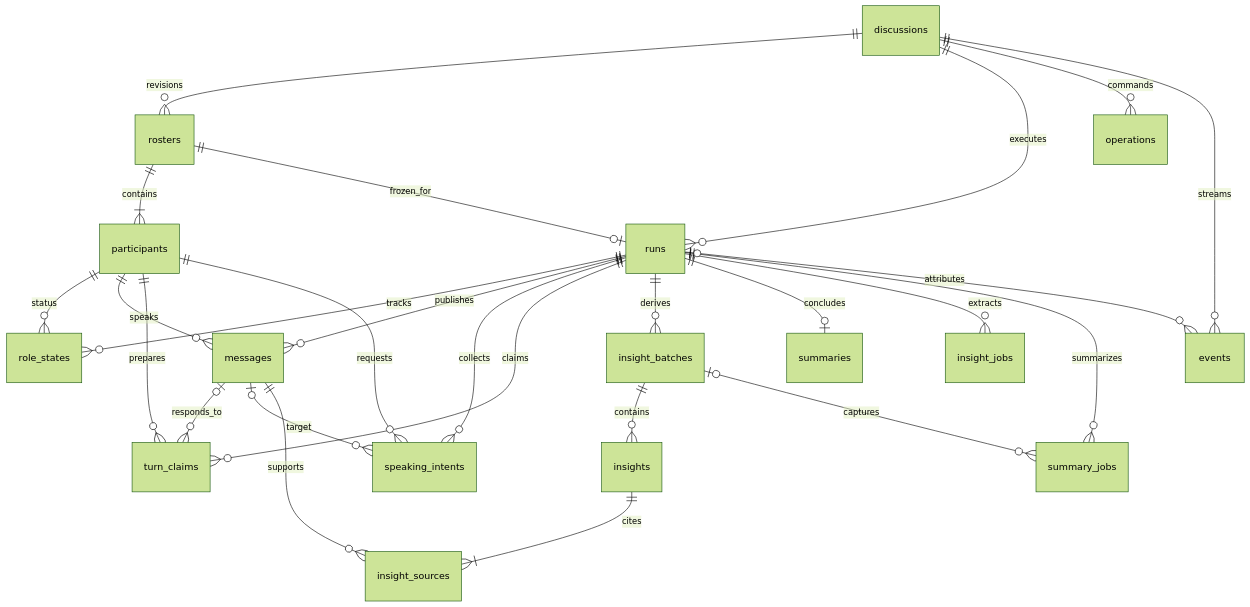
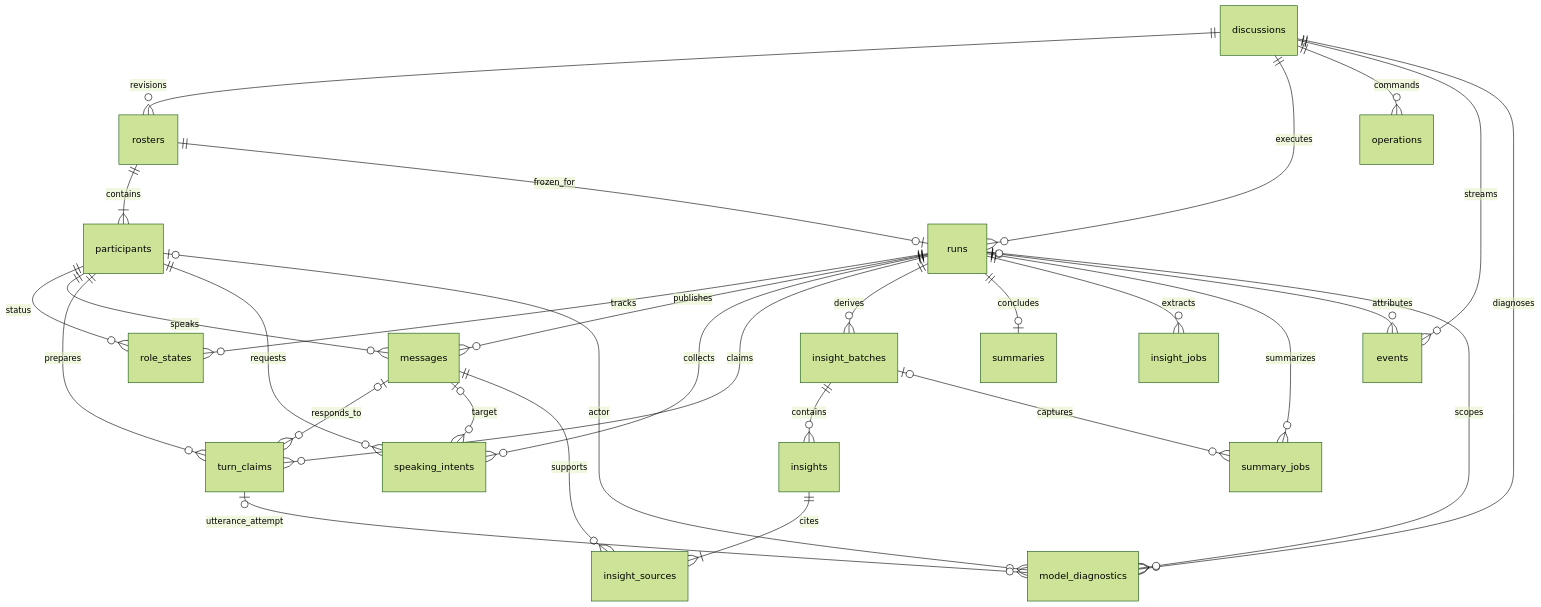
Before and after one commit to WenhuiRuan/Web-App-MVP: the first of 3 diagrams in docs/data-model.md, drawn with Mermaid (forest theme). The commit also changed other lines of this file and 39 other files, not shown here.

First line of the commit message:
fix: persist model diagnostics and bound corrective host recovery

````diff
--- a/docs/data-model.md
+++ b/docs/data-model.md
@@ -7,28 +7,32 @@
 ```mermaid
 erDiagram
     discussions ||--o{ rosters : revisions
     rosters ||--|{ participants : contains
     discussions ||--o{ runs : executes
     rosters ||--o| runs : frozen_for
     runs ||--o{ role_states : tracks
     participants ||--o{ role_states : status
     runs ||--o{ messages : publishes
     participants ||--o{ messages : speaks
     runs ||--o{ speaking_intents : collects
     runs ||--o{ turn_claims : claims
     participants ||--o{ turn_claims : prepares
     messages o|--o{ turn_claims : responds_to
     participants ||--o{ speaking_intents : requests
     messages o|--o{ speaking_intents : target
     runs ||--o{ insight_batches : derives
     insight_batches ||--o{ insights : contains
     insights ||--|{ insight_sources : cites
     messages ||--o{ insight_sources : supports
     runs ||--o| summaries : concludes
     runs ||--o{ insight_jobs : extracts
     runs ||--o{ summary_jobs : summarizes
     insight_batches o|--o{ summary_jobs : captures
     discussions ||--o{ operations : commands
     discussions ||--o{ events : streams
     runs o|--o{ events : attributes
+    discussions ||--o{ model_diagnostics : diagnoses
+    runs o|--o{ model_diagnostics : scopes
+    participants o|--o{ model_diagnostics : actor
+    turn_claims o|--o{ model_diagnostics : utterance_attempt
 ```
````
